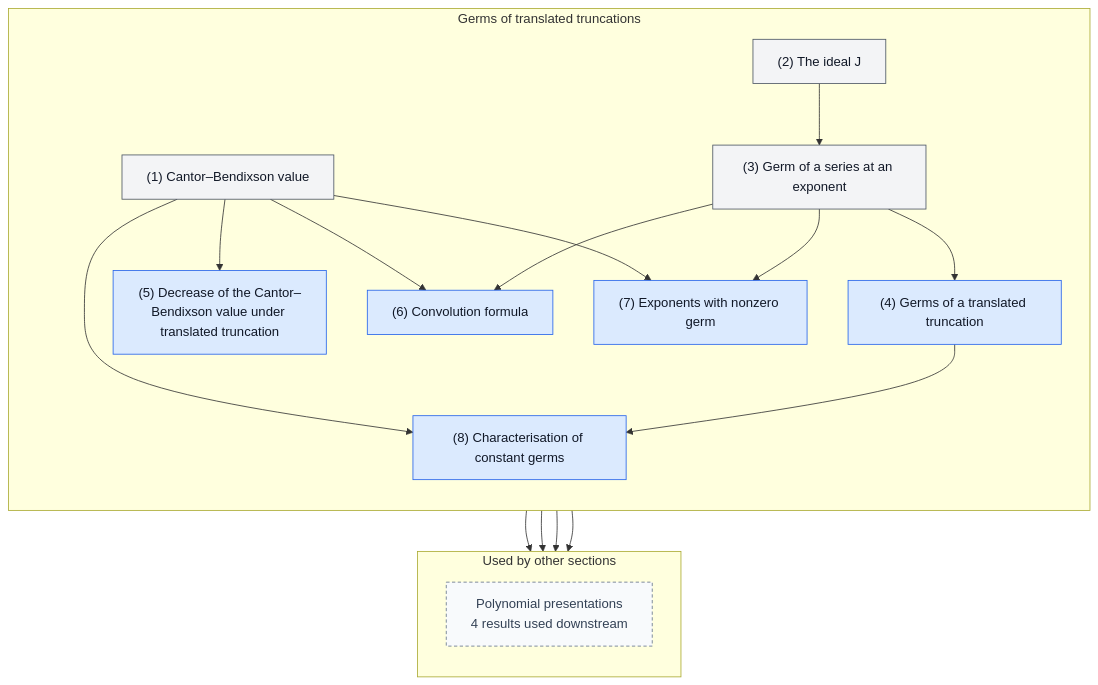
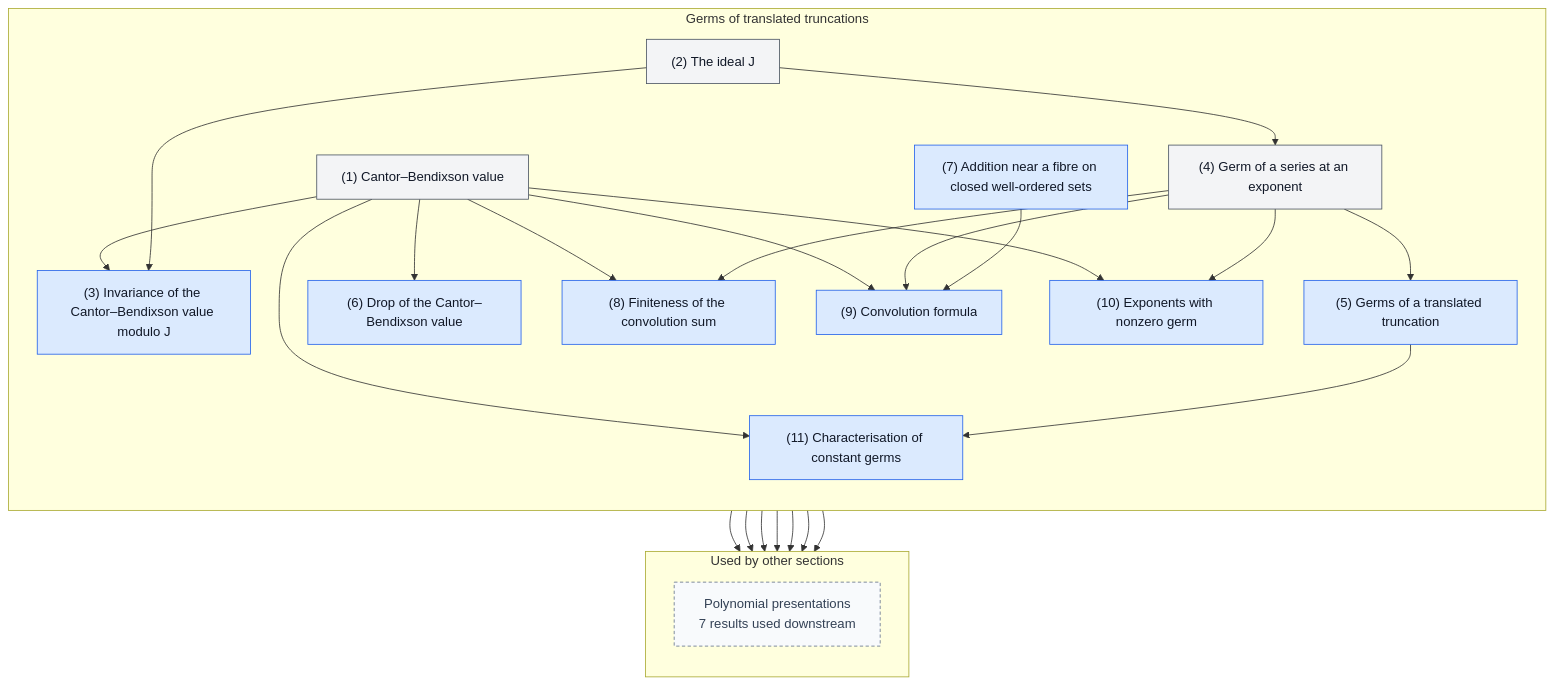
The second of 5 diagrams in README.md (gaearon/conway-refinement), drawn with Mermaid before and after one commit. The commit also changed other lines of this file and 46 other files, not shown here.

````diff
--- a/README.md
+++ b/README.md
@@ -191,51 +190,65 @@
 ```mermaid
 %% Generated by scripts/blueprint.sh; do not edit.
 %% Other sections are compressed to boundary nodes.
 %% Solid arrows are proof dependencies; dashed arrows are statement dependencies.
 flowchart TB
   subgraph current["Germs of translated truncations"]
     direction TB
     n001["(1) Cantor–Bendixson value"]:::definition
     n002["(2) The ideal J"]:::definition
-    n003["(3) Germ of a series at an exponent"]:::definition
-    n004["(4) Germs of a translated truncation"]:::lemma
-    n005["(5) Decrease of the Cantor–Bendixson value under translated truncation"]:::lemma
-    n006["(6) Convolution formula"]:::lemma
-    n007["(7) Exponents with nonzero germ"]:::lemma
-    n008["(8) Characterisation of constant germs"]:::lemma
+    n003["(3) Invariance of the Cantor–Bendixson value modulo J"]:::lemma
+    n004["(4) Germ of a series at an exponent"]:::definition
+    n005["(5) Germs of a translated truncation"]:::lemma
+    n006["(6) Drop of the Cantor–Bendixson value"]:::lemma
+    n007["(7) Addition near a fibre on closed well-ordered sets"]:::lemma
+    n008["(8) Finiteness of the convolution sum"]:::lemma
+    n009["(9) Convolution formula"]:::lemma
+    n010["(10) Exponents with nonzero germ"]:::lemma
+    n011["(11) Characterisation of constant germs"]:::lemma
   end
   subgraph outputs["Used by other sections"]
     direction TB
-    out0["Polynomial presentations<br/>4 results used downstream"]:::boundary
+    out0["Polynomial presentations<br/>7 results used downstream"]:::boundary
   end
 
+  n001 --> n003
   n002 --> n003
-  n003 --> n004
-  n001 --> n005
+  n002 --> n004
+  n004 --> n005
   n001 --> n006
-  n003 --> n006
-  n001 --> n007
-  n003 --> n007
   n001 --> n008
   n004 --> n008
-  n005 --> out0
+  n001 --> n009
+  n004 --> n009
+  n007 --> n009
+  n001 --> n010
+  n004 --> n010
+  n001 --> n011
+  n005 --> n011
+  n003 --> out0
   n006 --> out0
   n008 --> out0
-  n007 --> out0
+  n009 --> out0
+  n011 --> out0
+  n004 --> out0
+  n010 --> out0
   click n001 "https://gaearon.github.io/conway-refinement/#/result/cantor-bendixson-value" "Open the statement for definition 1"
   click n002 "https://gaearon.github.io/conway-refinement/#/result/bounded-away-ideal" "Open the statement for definition 2"
-  click n003 "https://gaearon.github.io/conway-refinement/#/result/germ-at" "Open the statement for definition 3"
-  click n004 "https://gaearon.github.io/conway-refinement/#/result/germs-of-translated-truncation" "Open the statement for lemma 4"
-  click n005 "https://gaearon.github.io/conway-refinement/#/result/cantor-bendixson-value-drop" "Open the statement for lemma 5"
-  click n006 "https://gaearon.github.io/conway-refinement/#/result/convolution-formula" "Open the statement for lemma 6"
-  click n007 "https://gaearon.github.io/conway-refinement/#/result/nonzero-germs" "Open the statement for lemma 7"
-  click n008 "https://gaearon.github.io/conway-refinement/#/result/constant-germs" "Open the statement for lemma 8"
+  click n003 "https://gaearon.github.io/conway-refinement/#/result/cantor-bendixson-value-class" "Open the statement for lemma 3"
+  click n004 "https://gaearon.github.io/conway-refinement/#/result/germ-at" "Open the statement for definition 4"
+  click n005 "https://gaearon.github.io/conway-refinement/#/result/germs-of-translated-truncation" "Open the statement for lemma 5"
+  click n006 "https://gaearon.github.io/conway-refinement/#/result/cantor-bendixson-value-drop" "Open the statement for lemma 6"
+  click n007 "https://gaearon.github.io/conway-refinement/#/result/addition-fibre" "Open the statement for lemma 7"
+  click n008 "https://gaearon.github.io/conway-refinement/#/result/convolution-finite" "Open the statement for lemma 8"
+  click n009 "https://gaearon.github.io/conway-refinement/#/result/convolution-formula" "Open the statement for lemma 9"
+  click n010 "https://gaearon.github.io/conway-refinement/#/result/nonzero-germs" "Open the statement for lemma 10"
+  click n011 "https://gaearon.github.io/conway-refinement/#/result/constant-germs" "Open the statement for lemma 11"
 
   classDef theorem fill:#fff3bf,stroke:#e67700,stroke-width:2px,color:#111827
   classDef definition fill:#f3f4f6,stroke:#4b5563,color:#111827
   classDef lemma fill:#dbeafe,stroke:#2563eb,color:#111827
   classDef proposition fill:#ede9fe,stroke:#7c3aed,color:#111827
   classDef corollary fill:#dcfce7,stroke:#16a34a,color:#111827
   classDef fact fill:#fce7f3,stroke:#db2777,color:#111827
   classDef boundary fill:#f8fafc,stroke:#64748b,stroke-dasharray:4 3,color:#334155
 ```
````
